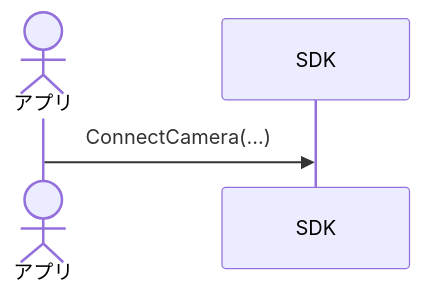
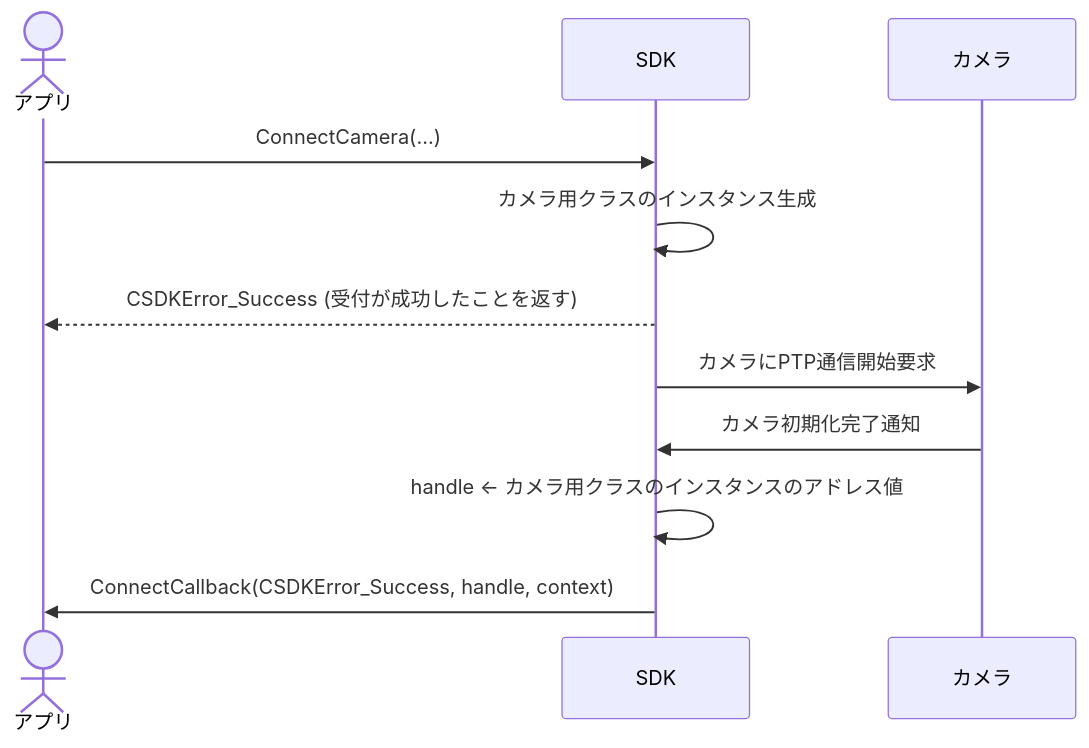
The first of 4 diagrams in docs/my_design/session3_draft.md (BH-mk2/portfolio_base_design), drawn with Mermaid before and after one commit. The commit also changed other lines of this file and 1 other file, not shown here.

Commit message:
シーケンス図を書いた

````diff
--- a/docs/my_design/session3_draft.md
+++ b/docs/my_design/session3_draft.md
@@ -15,8 +15,14 @@
 ```mermaid
 %% 【ここに接続のシーケンス図を記述してください。以下はテンプレート例です】
 sequenceDiagram
     actor App as アプリ
     participant SDK as SDK
+    participant Cam as カメラ
     App->>SDK: ConnectCamera(...)
-    %% SDK-->>App: ...
+    SDK->>SDK: カメラ用クラスのインスタンス生成
+    SDK-->>App: CSDKError_Success (受付が成功したことを返す)
+    SDK->>Cam: カメラにPTP通信開始要求
+    Cam->>SDK: カメラ初期化完了通知
+    SDK->>SDK: handle <- カメラ用クラスのインスタンスのアドレス値
+    SDK->>App: ConnectCallback(CSDKError_Success, handle, context)
 ```
````
